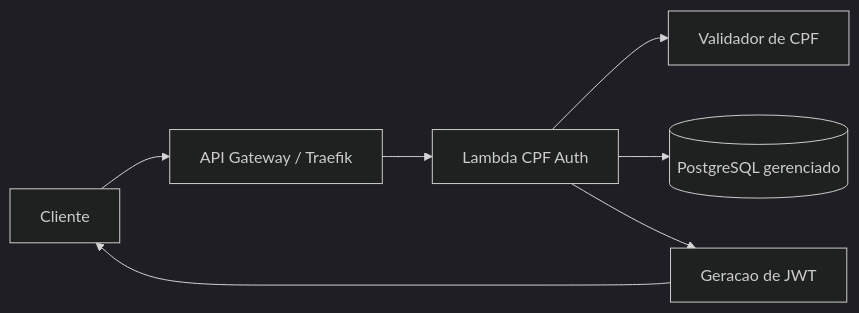
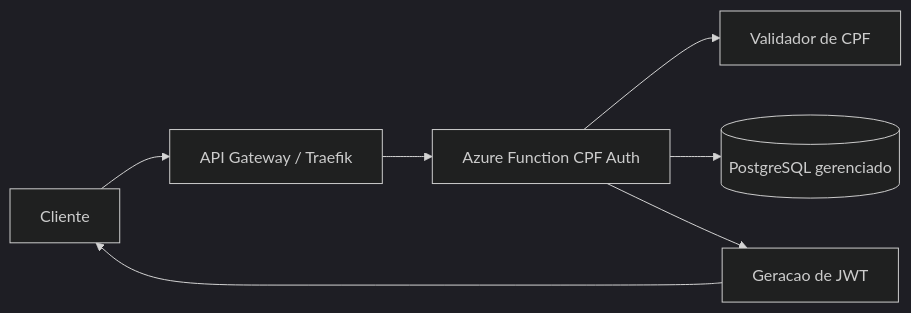
Before and after one commit to PedroHMS-ap/mechcraft-lambda-auth: the diagram in docs/ARCHITECTURE.md, drawn with Mermaid (dark theme). The commit also changed other lines of this file and 9 other files, not shown here.

First line of the commit message:
feat: migrate cpf auth to azure functions (#1)

````diff
--- a/docs/ARCHITECTURE.md
+++ b/docs/ARCHITECTURE.md
@@ -3,9 +3,9 @@
 ```mermaid
 flowchart LR
   Cliente --> Gateway[API Gateway / Traefik]
-  Gateway --> Lambda[Lambda CPF Auth]
-  Lambda --> Validator[Validador de CPF]
-  Lambda --> Postgres[(PostgreSQL gerenciado)]
-  Lambda --> JWT[Geracao de JWT]
+  Gateway --> Function[Azure Function CPF Auth]
+  Function --> Validator[Validador de CPF]
+  Function --> Postgres[(PostgreSQL gerenciado)]
+  Function --> JWT[Geracao de JWT]
   JWT --> Cliente
 ```
````
